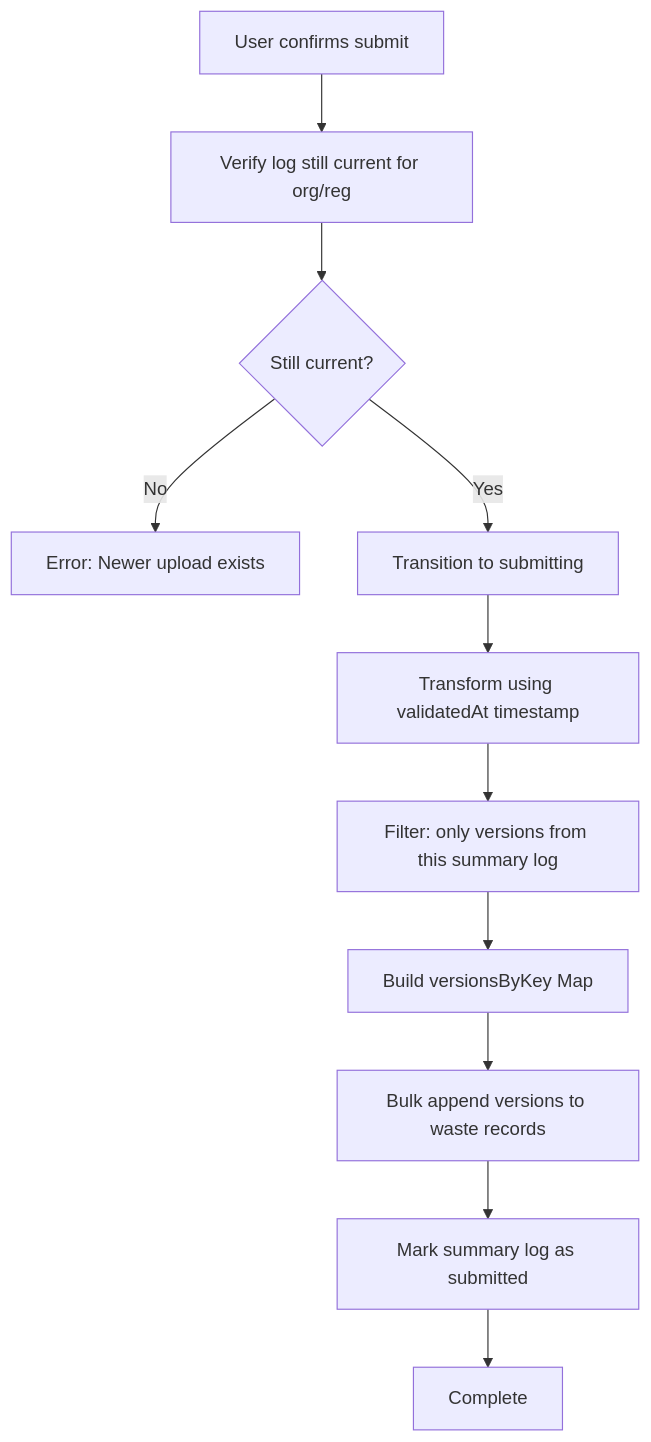
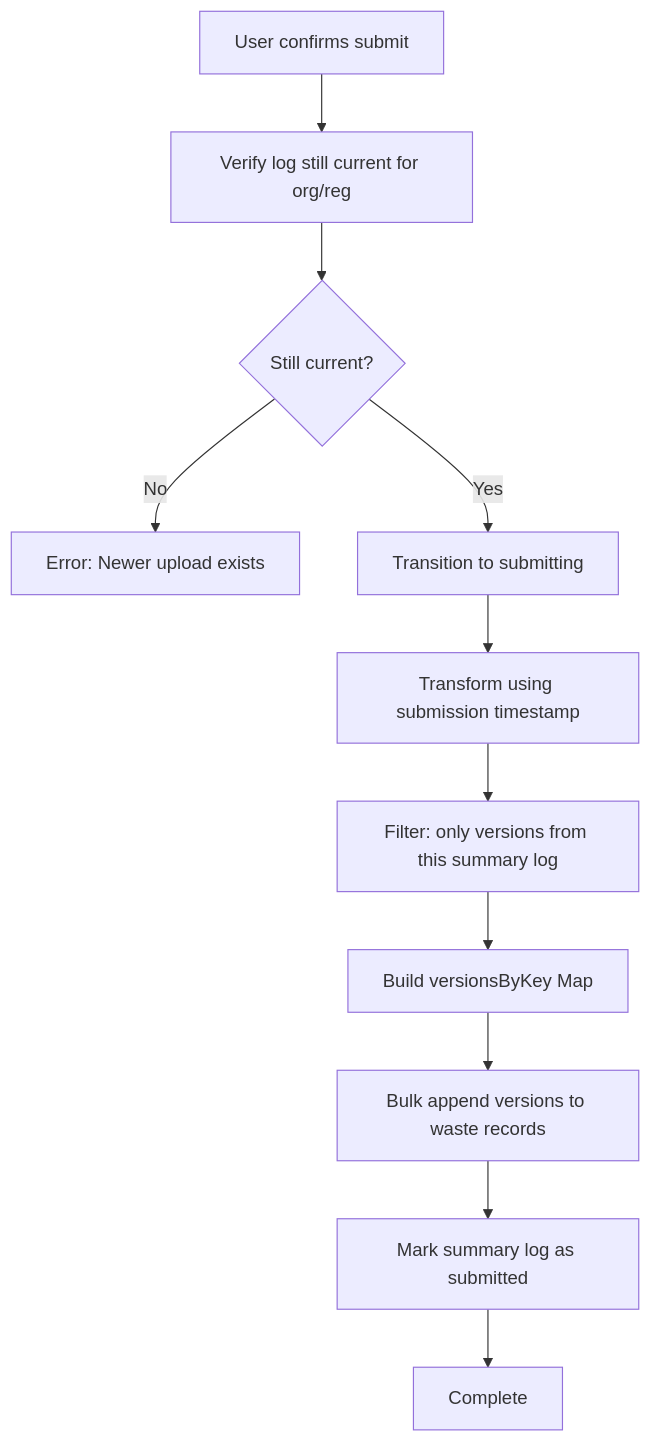
One commit to DEFRA/epr-backend changed the seventh of 7 diagrams in docs/architecture/defined/summary-log-submission-lld.md. Above: the diagram before and after it, drawn with Mermaid. The commit also changed other lines of this file and 5 other files, not shown here.

````diff
--- a/docs/architecture/defined/summary-log-submission-lld.md
+++ b/docs/architecture/defined/summary-log-submission-lld.md
@@ -373,13 +373,13 @@
 ```mermaid
 flowchart TD
     A[User confirms submit] --> B[Verify log still current for org/reg]
     B --> C{Still current?}
     C -->|No| D[Error: Newer upload exists]
     C -->|Yes| E[Transition to submitting]
-    E --> F[Transform using validatedAt timestamp]
+    E --> F[Transform using submission timestamp]
     F --> G[Filter: only versions from this summary log]
     G --> H[Build versionsByKey Map]
     H --> I[Bulk append versions to waste records]
     I --> J[Mark summary log as submitted]
     J --> K[Complete]
 ```
````
